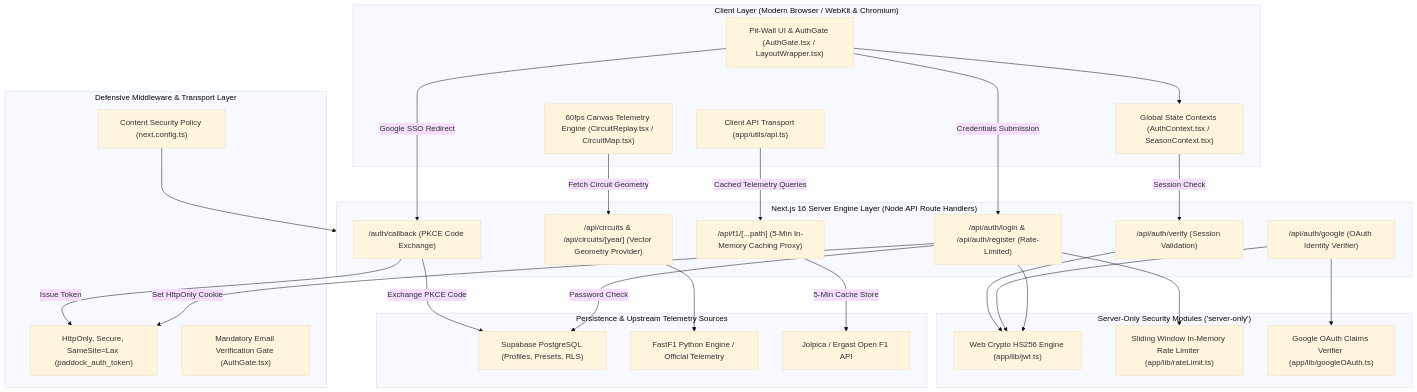
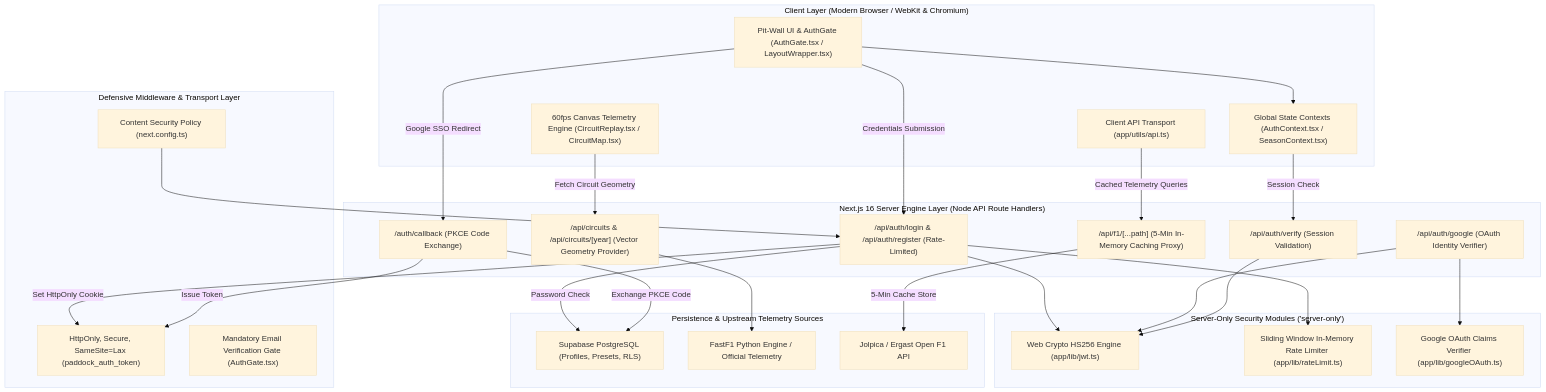
One commit to Hritik983567-Art/paddock changed the first of 2 diagrams in docs/04_SYSTEM_ARCHITECTURE.md. Above: the diagram before and after it, drawn with Mermaid (base theme). The commit also changed 4 other files, not shown here.

Commit message:
fix(docs): resolve Mermaid syntax parse errors for GitHub rich display

````diff
--- a/docs/04_SYSTEM_ARCHITECTURE.md
+++ b/docs/04_SYSTEM_ARCHITECTURE.md
@@ -24,59 +24,59 @@
 ```mermaid
 graph TD
     subgraph ClientLayer ["Client Layer (Modern Browser / WebKit & Chromium)"]
         UI["Pit-Wall UI & AuthGate (AuthGate.tsx / LayoutWrapper.tsx)"]
         CTX["Global State Contexts (AuthContext.tsx / SeasonContext.tsx)"]
         CANVAS["60fps Canvas Telemetry Engine (CircuitReplay.tsx / CircuitMap.tsx)"]
         API_HELPER["Client API Transport (app/utils/api.ts)"]
     end
 
     subgraph SecurityLayer ["Defensive Middleware & Transport Layer"]
         CSP["Content Security Policy (next.config.ts)"]
         COOKIE["HttpOnly, Secure, SameSite=Lax (paddock_auth_token)"]
         EMAIL_GATE["Mandatory Email Verification Gate (AuthGate.tsx)"]
     end
 
     subgraph ServerLayer ["Next.js 16 Server Engine Layer (Node API Route Handlers)"]
         VERIFY["/api/auth/verify (Session Validation)"]
         AUTH_ROUTES["/api/auth/login & /api/auth/register (Rate-Limited)"]
         CALLBACK["/auth/callback (PKCE Code Exchange)"]
         GOOGLE_API["/api/auth/google (OAuth Identity Verifier)"]
         CIRCUIT_API["/api/circuits & /api/circuits/[year] (Vector Geometry Provider)"]
         PROXY["/api/f1/[...path] (5-Min In-Memory Caching Proxy)"]
     end
 
     subgraph SecurityLib ["Server-Only Security Modules ('server-only')"]
         JWT_ENGINE["Web Crypto HS256 Engine (app/lib/jwt.ts)"]
         RATE_LIMIT["Sliding Window In-Memory Rate Limiter (app/lib/rateLimit.ts)"]
         GOOGLE_VERIFIER["Google OAuth Claims Verifier (app/lib/googleOAuth.ts)"]
     end
 
     subgraph DataPersistence ["Persistence & Upstream Telemetry Sources"]
         SUPABASE_DB["Supabase PostgreSQL (Profiles, Presets, RLS)"]
         FASTF1_ENGINE["FastF1 Python Engine / Official Telemetry"]
         JOLPICA_API["Jolpica / Ergast Open F1 API"]
     end
 
     UI --> CTX
     CTX -->|Session Check| VERIFY
     UI -->|Credentials Submission| AUTH_ROUTES
     UI -->|Google SSO Redirect| CALLBACK
     CANVAS -->|Fetch Circuit Geometry| CIRCUIT_API
     API_HELPER -->|Cached Telemetry Queries| PROXY
 
-    CSP --> ServerLayer
+    CSP --> AUTH_ROUTES
     AUTH_ROUTES --> RATE_LIMIT
     AUTH_ROUTES --> JWT_ENGINE
     AUTH_ROUTES -->|Password Check| SUPABASE_DB
     AUTH_ROUTES -->|Set HttpOnly Cookie| COOKIE
 
     CALLBACK -->|Exchange PKCE Code| SUPABASE_DB
     CALLBACK -->|Issue Token| COOKIE
 
     GOOGLE_API --> GOOGLE_VERIFIER
     GOOGLE_API --> JWT_ENGINE
 
     VERIFY --> JWT_ENGINE
     PROXY -->|5-Min Cache Store| JOLPICA_API
     CIRCUIT_API --> FASTF1_ENGINE
 ```
````
